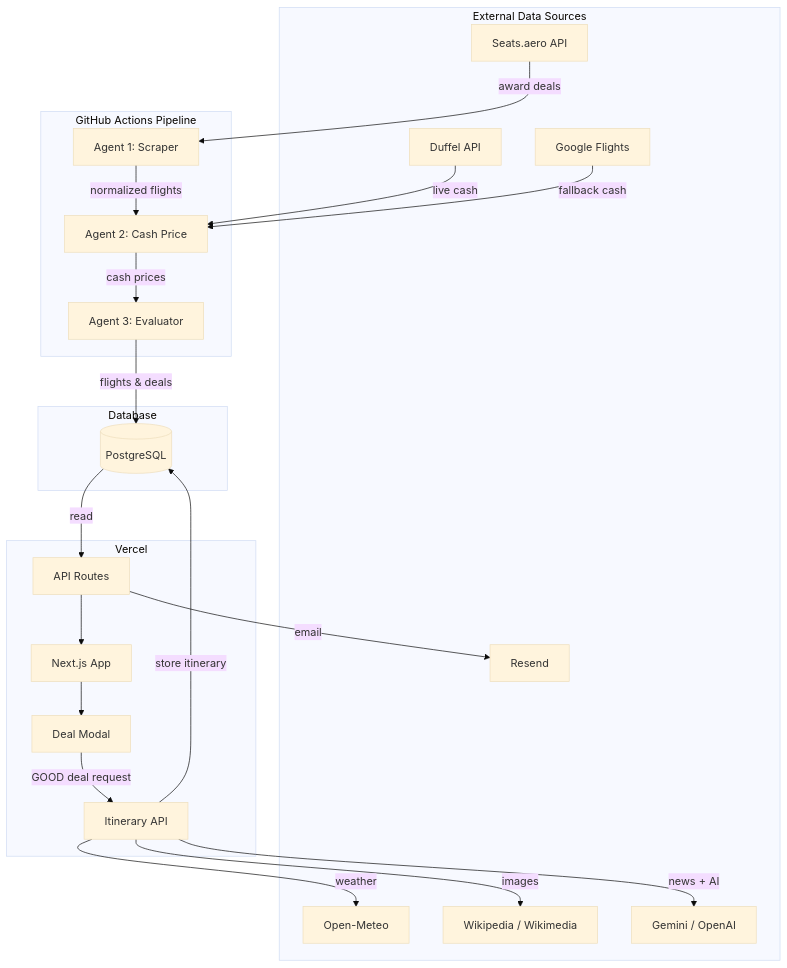
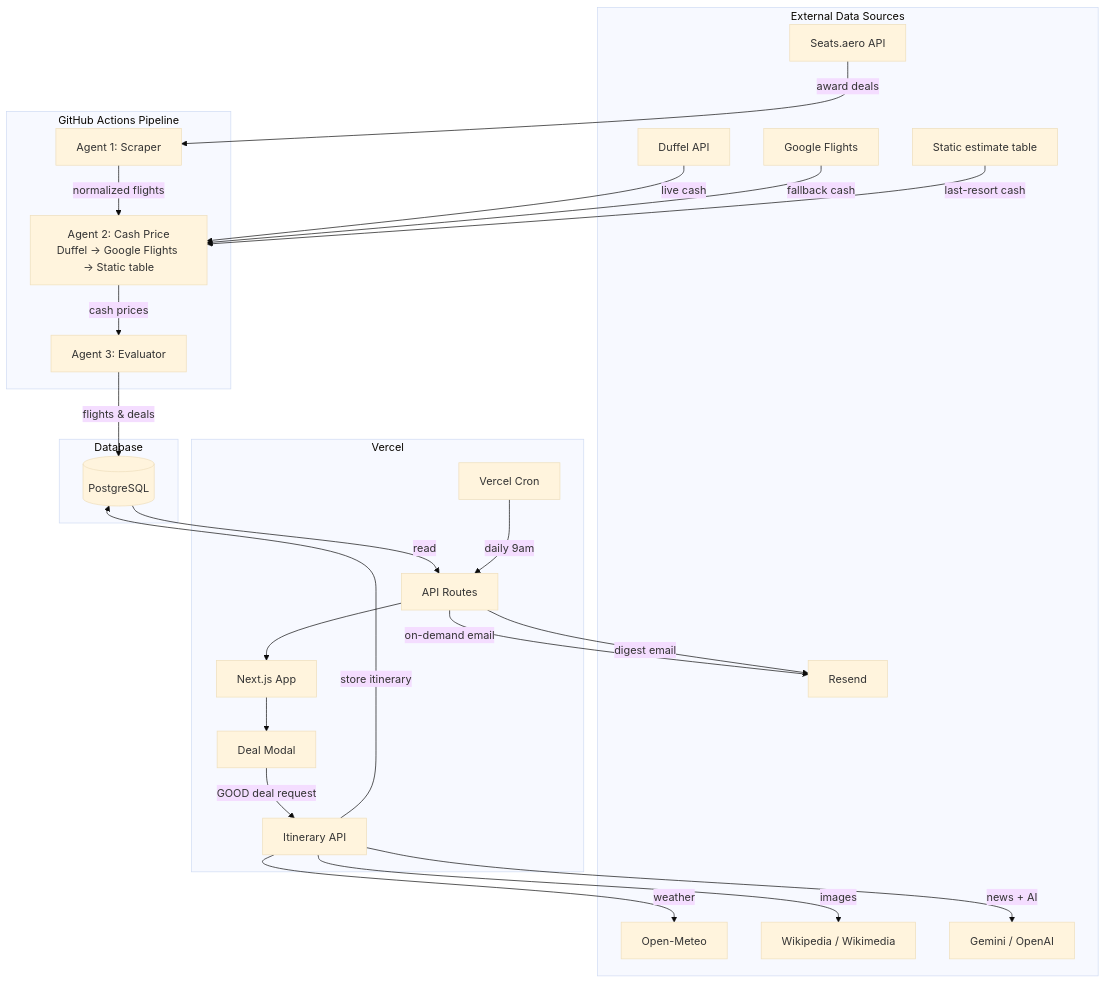
One commit to hadileonard08/flight-deal-dashboard changed the first of 2 diagrams in README.md. Above: the diagram before and after it, drawn with Mermaid (base theme). The commit also changed other lines of this file, not shown here.

Commit message:
Update README: separate GitHub Actions and Vercel agents, add static fallback to diagrams, clarify Vercel Cron

````diff
--- a/README.md
+++ b/README.md
@@ -118,45 +123,50 @@
 ```mermaid
 flowchart TD
     subgraph External Data Sources
         A[Seats.aero API]
         B[Duffel API]
         C[Google Flights]
         D[Open-Meteo]
         E[Wikipedia / Wikimedia]
         F[Gemini / OpenAI]
         G[Resend]
+        S[Static estimate table]
     end
 
     subgraph GitHub Actions Pipeline
         H[Agent 1: Scraper]
-        I[Agent 2: Cash Price]
+        I[Agent 2: Cash Price<br/>Duffel → Google Flights → Static table]
         J[Agent 3: Evaluator]
     end
 
     subgraph Vercel
         K[Next.js App]
         L[API Routes]
         M[Deal Modal]
         N[Itinerary API]
+        Q[Vercel Cron]
     end
 
     subgraph Database
         P[(PostgreSQL)]
     end
 
     A -->|award deals| H
     B -->|live cash| I
     C -->|fallback cash| I
+    S -->|last-resort cash| I
     H -->|normalized flights| I
     I -->|cash prices| J
     J -->|flights & deals| P
     P -->|read| L
     L --> K
     K --> M
     M -->|GOOD deal request| N
     N -->|weather| D
     N -->|images| E
     N -->|news + AI| F
     N -->|store itinerary| P
-    L -->|email| G
+    L -->|on-demand email| G
+    Q -->|daily 9am| L
+    L -->|digest email| G
 ```
````
